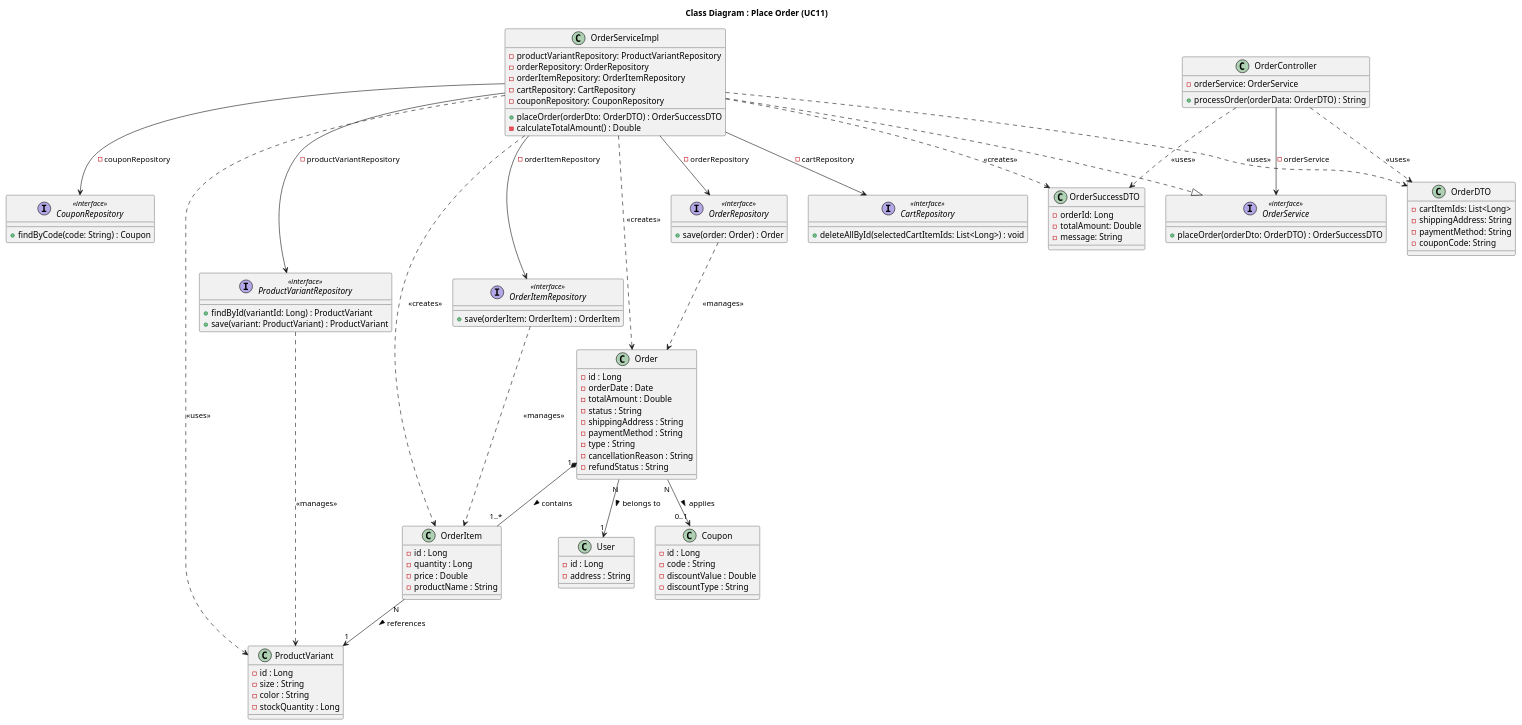
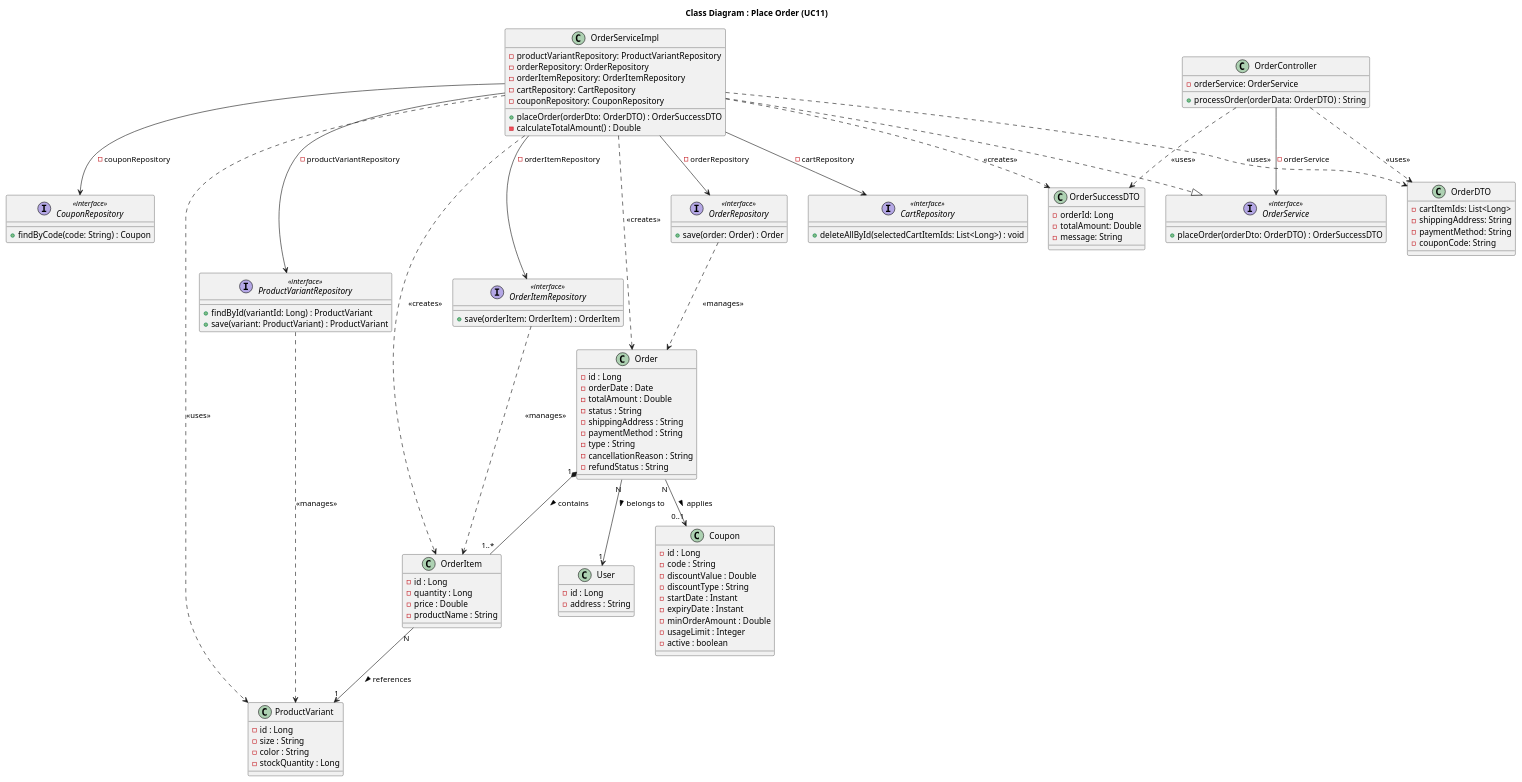
The diagram in src/main/java/org/example/fashionstoresystem/uml/Class/CD11_PlaceOrder.puml (Peterdir/fashion-store-system), drawn with PlantUML before and after one commit. The commit also changed 5 other files, not shown here.

```diff
--- a/src/main/java/org/example/fashionstoresystem/uml/Class/CD11_PlaceOrder.puml
+++ b/src/main/java/org/example/fashionstoresystem/uml/Class/CD11_PlaceOrder.puml
@@ -1,132 +1,137 @@
 @startuml
 title Class Diagram : Place Order (UC11)
 
 ' Controller
 class OrderController {
     - orderService: OrderService
     + processOrder(orderData: OrderDTO) : String
 }
 
 ' Service
 
 interface OrderService <<interface>>{
     + placeOrder(orderDto: OrderDTO) : OrderSuccessDTO
 }
 
 class OrderServiceImpl {
     + placeOrder(orderDto: OrderDTO) : OrderSuccessDTO
     - calculateTotalAmount() : Double
     - productVariantRepository: ProductVariantRepository
     - orderRepository: OrderRepository
     - orderItemRepository: OrderItemRepository
     - cartRepository: CartRepository
     - couponRepository: CouponRepository
 }
 
 ' Repository
 interface ProductVariantRepository <<interface>> {
     + findById(variantId: Long) : ProductVariant
     + save(variant: ProductVariant) : ProductVariant
 }
 
 interface OrderRepository <<interface>> {
     + save(order: Order) : Order
 }
 
 interface OrderItemRepository <<interface>> {
     + save(orderItem: OrderItem) : OrderItem
 }
 
 interface CartRepository <<interface>> {
     + deleteAllById(selectedCartItemIds: List<Long>) : void
 }
 
 interface CouponRepository <<interface>> {
     + findByCode(code: String) : Coupon
 }
 
 ' Entity & DTO
 class OrderDTO {
     - cartItemIds: List<Long>
     - shippingAddress: String
     - paymentMethod: String
     - couponCode: String
 }
 
 class OrderSuccessDTO {
     - orderId: Long
     - totalAmount: Double
     - message: String
 }
 
 class Order {
     - id : Long
     - orderDate : Date
     - totalAmount : Double
     - status : String
     - shippingAddress : String
     - paymentMethod : String
     - type : String
     - cancellationReason : String
     - refundStatus : String
 }
 
 class OrderItem {
     - id : Long
     - quantity : Long
     - price : Double
     - productName : String
 }
 
 class ProductVariant {
     - id : Long
     - size : String
     - color : String
     - stockQuantity : Long
 }
 
 class Coupon {
     - id : Long
     - code : String
     - discountValue : Double
     - discountType : String
+    - startDate : Instant
+    - expiryDate : Instant
+    - minOrderAmount : Double
+    - usageLimit : Integer
+    - active : boolean
 }
 
 class User {
     - id : Long
     - address : String
 }
 
 ' Relationships
 
 Order "1" *-- "1..*" OrderItem : contains >
 Order "N" --> "1" User : belongs to >
 Order "N" --> "0..1" Coupon : applies >
 OrderItem "N" --> "1" ProductVariant : references >
 
 ' Class implement Interface
 OrderServiceImpl ..|> OrderService
 
 ' Dependency Injection
 OrderController --> OrderService: - orderService
 OrderServiceImpl --> ProductVariantRepository: - productVariantRepository
 OrderServiceImpl --> OrderRepository: - orderRepository
 OrderServiceImpl --> OrderItemRepository: - orderItemRepository
 OrderServiceImpl --> CartRepository: - cartRepository
 OrderServiceImpl --> CouponRepository: - couponRepository
 
 ' Object Usage
 OrderController ..> OrderDTO : <<uses>>
 OrderController ..> OrderSuccessDTO : <<uses>>
 OrderServiceImpl ..> OrderDTO : <<uses>>
 OrderServiceImpl ..> OrderSuccessDTO : <<creates>>
 
 OrderRepository ..> Order : <<manages>>
 OrderServiceImpl ..> Order : <<creates>>
 
 ProductVariantRepository ..> ProductVariant : <<manages>>
 OrderServiceImpl ..> ProductVariant : <<uses>>
 
 OrderItemRepository ..> OrderItem : <<manages>>
 OrderServiceImpl ..> OrderItem : <<creates>>
 @enduml
```
